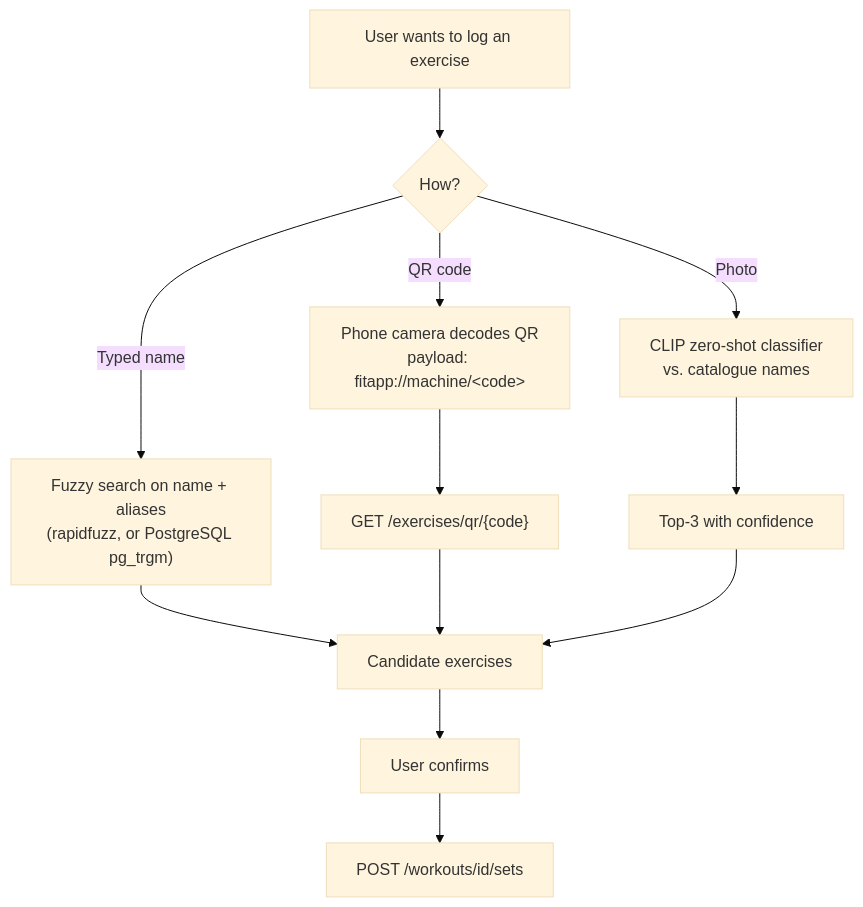
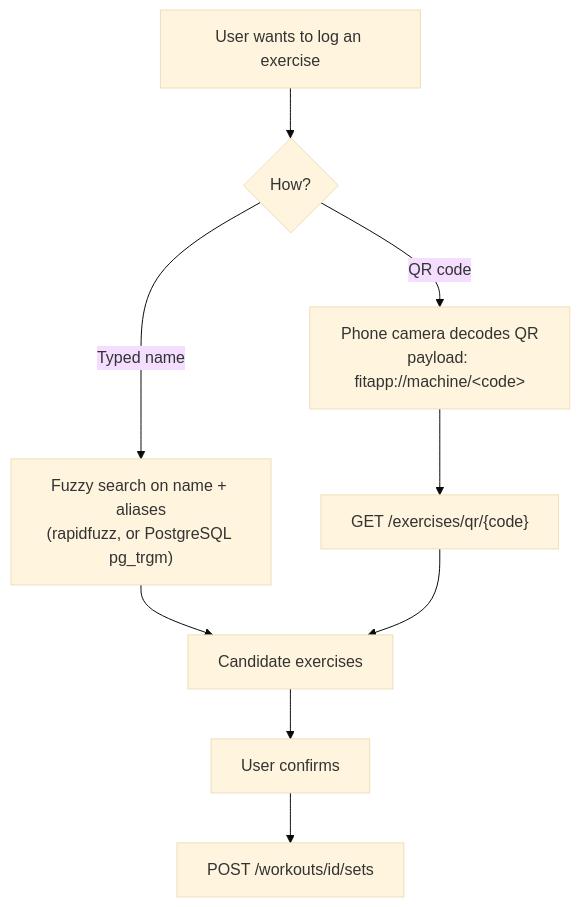
Before and after one commit to EyadAlayed506/fastapi_tutorial: the third of 3 diagrams in fitness_app/ARCHITECTURE.md, drawn with Mermaid (base theme). The commit also changed other lines of this file, not shown here.

First line of the commit message:
Remove image features from the fitness app architecture for now

````diff
--- a/fitness_app/ARCHITECTURE.md
+++ b/fitness_app/ARCHITECTURE.md
@@ -355,11 +336,9 @@
 ```mermaid
 flowchart TD
     A[User wants to log an exercise] --> B{How?}
     B -->|Typed name| C["Fuzzy search on name + aliases<br/>(rapidfuzz, or PostgreSQL pg_trgm)"]
     B -->|QR code| D["Phone camera decodes QR<br/>payload: fitapp://machine/&lt;code&gt;"]
-    B -->|Photo| E["CLIP zero-shot classifier<br/>vs. catalogue names"]
     C --> F[Candidate exercises]
     D --> G["GET /exercises/qr/{code}"] --> F
-    E --> H["Top-3 with confidence"] --> F
     F --> I[User confirms] --> J[POST /workouts/id/sets]
 ```
````
